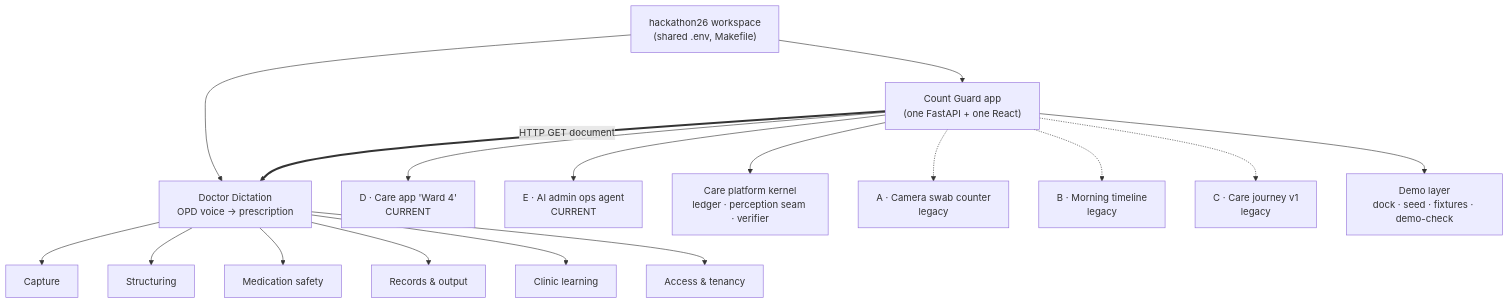
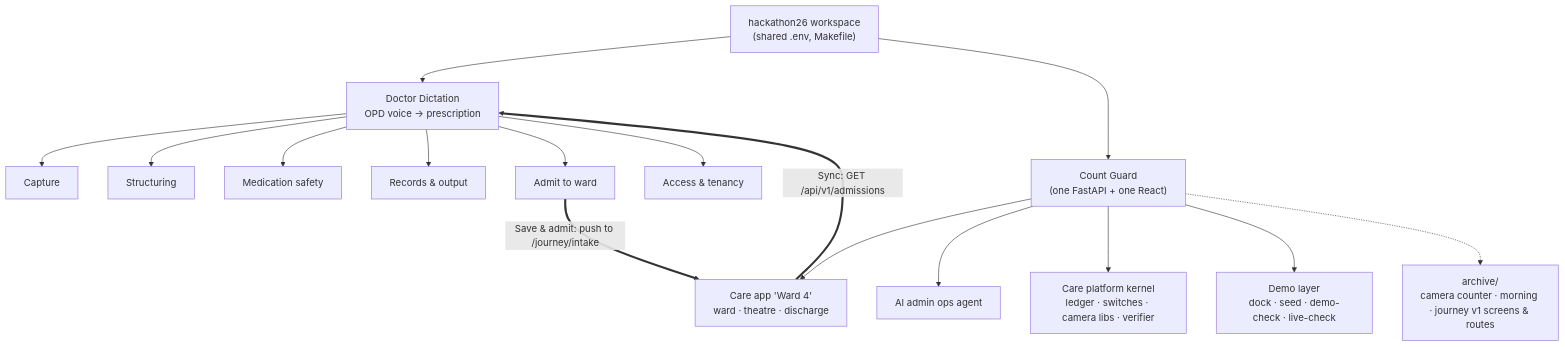
The first of 12 diagrams in docs/product-overview/ARCHITECTURE_OVERVIEW.md (lvnpred/hackathon26-proof), drawn with Mermaid before and after one commit. The commit also changed other lines of this file and 10 other files, not shown here.

Commit message:
Product overview refreshed after the Doctor Dictation to Count Guard consolidation

````diff
--- a/docs/product-overview/ARCHITECTURE_OVERVIEW.md
+++ b/docs/product-overview/ARCHITECTURE_OVERVIEW.md
@@ -19,15 +19,14 @@
 ```mermaid
 flowchart TB
   WS["hackathon26 workspace<br/>(shared .env, Makefile)"]
   WS --> DD["Doctor Dictation<br/>OPD voice → prescription"]
-  WS --> CG["Count Guard app<br/>(one FastAPI + one React)"]
-  DD --> DD1[Capture] & DD2[Structuring] & DD3[Medication safety] & DD4[Records & output] & DD5[Clinic learning] & DD6[Access & tenancy]
-  CG --> D["D · Care app 'Ward 4'<br/>CURRENT"]
-  CG --> E["E · AI admin ops agent<br/>CURRENT"]
-  CG --> K["Care platform kernel<br/>ledger · perception seam · verifier"]
-  CG -.-> A["A · Camera swab counter<br/>legacy"]
-  CG -.-> B["B · Morning timeline<br/>legacy"]
-  CG -.-> C["C · Care journey v1<br/>legacy"]
-  CG --> X["Demo layer<br/>dock · seed · fixtures · demo-check"]
-  CG ==HTTP GET document==> DD
+  WS --> CG["Count Guard<br/>(one FastAPI + one React)"]
+  DD --> DD1[Capture] & DD2[Structuring] & DD3[Medication safety] & DD4[Records & output] & DD5[Admit to ward] & DD6[Access & tenancy]
+  CG --> D["Care app 'Ward 4'<br/>ward · theatre · discharge"]
+  CG --> E["AI admin ops agent"]
+  CG --> K["Care platform kernel<br/>ledger · switches · camera libs · verifier"]
+  CG --> X["Demo layer<br/>dock · seed · demo-check · live-check"]
+  CG -.-> AR["archive/<br/>camera counter · morning · journey v1 screens & routes"]
+  DD5 ==Save & admit: push to /journey/intake==> D
+  D ==Sync: GET /api/v1/admissions==> DD
 ```
````
